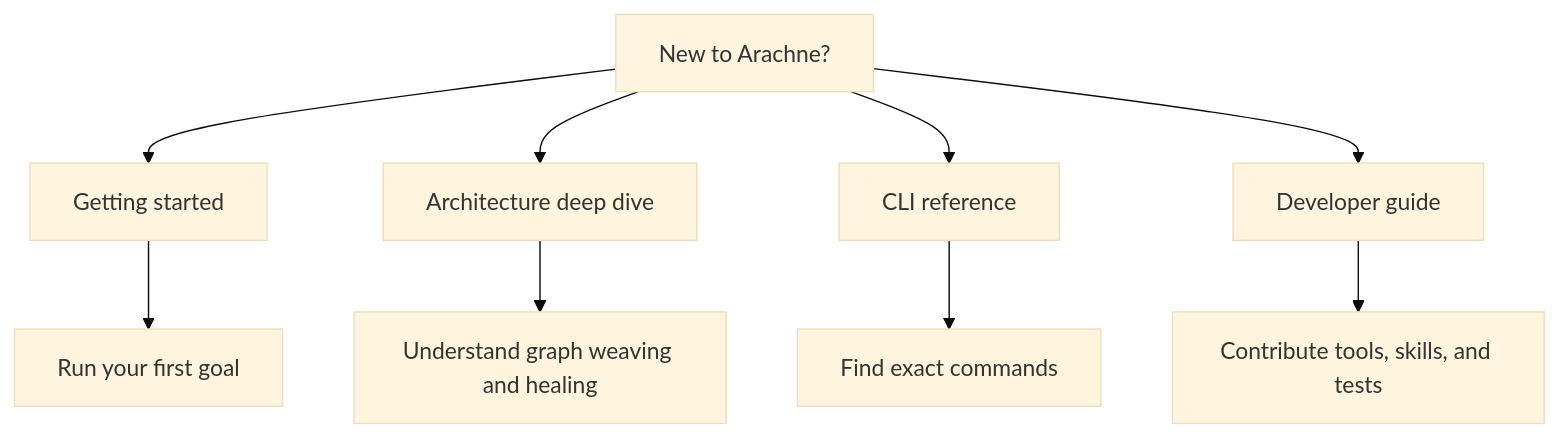
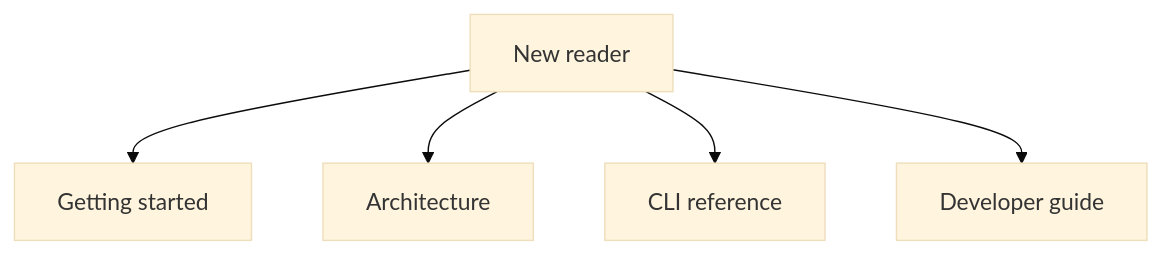
One commit to Strategic-Automation/arachne changed the first of 2 diagrams in docs/index.md. Above: the diagram before and after it, drawn with Mermaid (base theme). The commit also changed other lines of this file, not shown here.

Commit message:
docs: simplify docs index diagrams

````diff
--- a/docs/index.md
+++ b/docs/index.md
@@ -9,12 +9,12 @@
 ```mermaid
-flowchart TD
-    A[New to Arachne?] --> B[Getting started]
-    A --> C[Architecture deep dive]
-    A --> D[CLI reference]
-    A --> E[Developer guide]
-
-    B --> F[Run your first goal]
-    C --> G[Understand graph weaving and healing]
-    D --> H[Find exact commands]
-    E --> I[Contribute tools, skills, and tests]
+graph TD
+    A[New reader]
+    B[Getting started]
+    C[Architecture]
+    D[CLI reference]
+    E[Developer guide]
+    A --> B
+    A --> C
+    A --> D
+    A --> E
 ```
````
